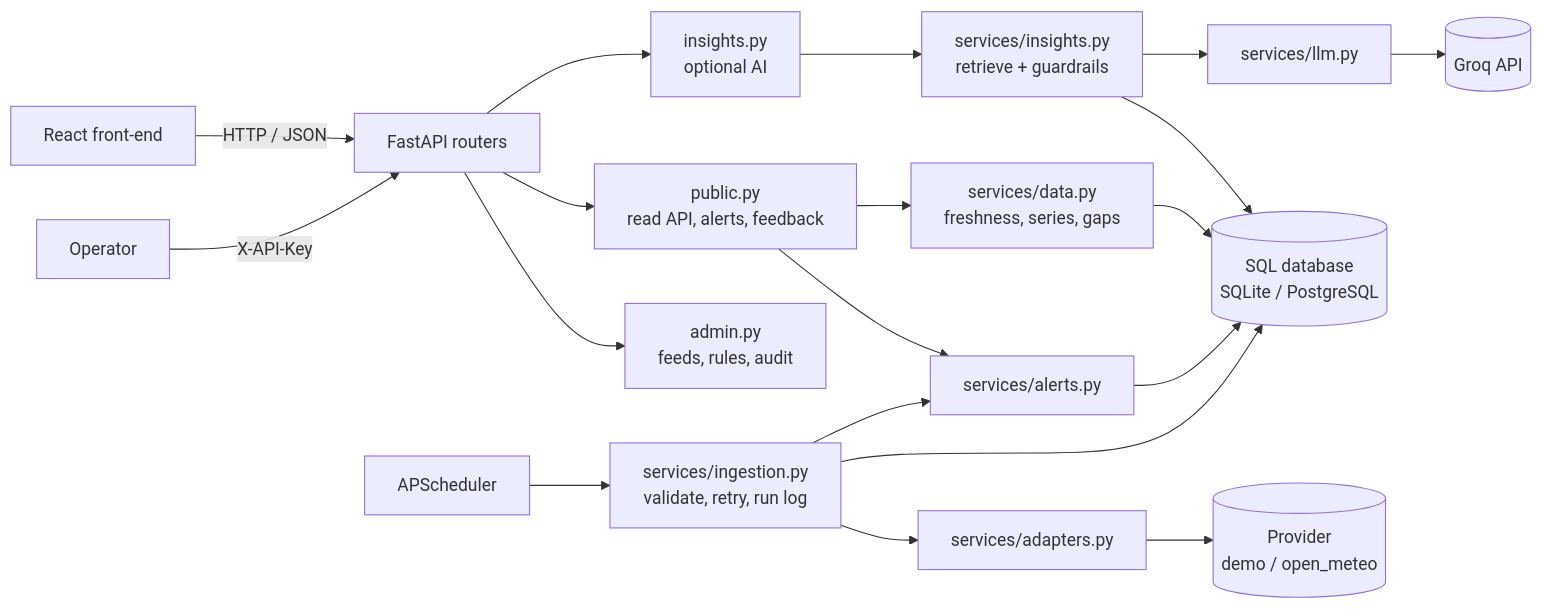
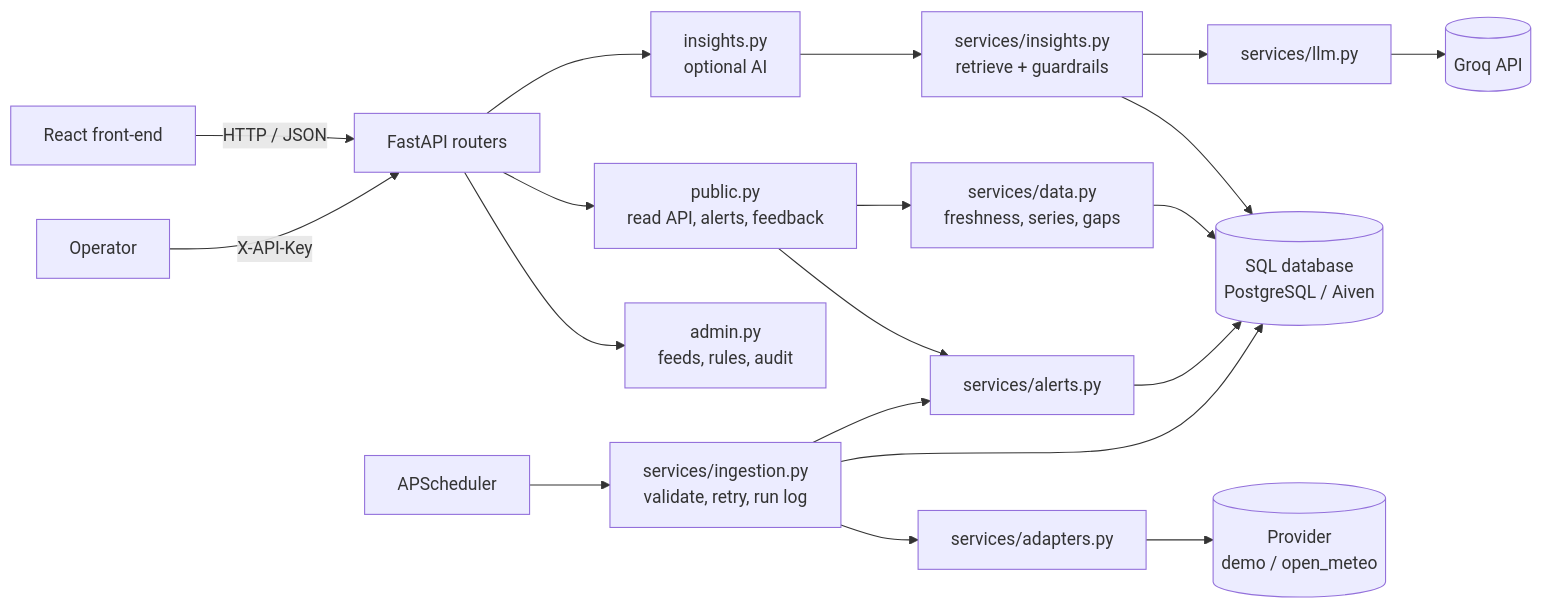
One commit to ecoinboxhubTech/Nimasa-api changed the diagram in README.md. Above: the diagram before and after it, drawn with Mermaid. The commit also changed other lines of this file and 20 other files, not shown here.

````diff
--- a/README.md
+++ b/README.md
@@ -85,18 +140,18 @@
 ```mermaid
 flowchart LR
     UI[React front-end] -->|HTTP / JSON| API[FastAPI routers]
     OPS[Operator] -->|X-API-Key| API
     API --> PUB[public.py<br/>read API, alerts, feedback]
     API --> AI[insights.py<br/>optional AI]
     API --> ADM[admin.py<br/>feeds, rules, audit]
     PUB --> DATA[services/data.py<br/>freshness, series, gaps]
     PUB --> ALERTS[services/alerts.py]
     AI --> INS[services/insights.py<br/>retrieve + guardrails] --> LLM[services/llm.py] --> GROQ[(Groq API)]
     INS --> DB
-    DATA --> DB[(SQL database<br/>SQLite / PostgreSQL)]
+    DATA --> DB[(SQL database<br/>PostgreSQL / Aiven)]
     ALERTS --> DB
     SCHED[APScheduler] --> ING[services/ingestion.py<br/>validate, retry, run log]
     ING --> ADP[services/adapters.py] --> PROV[(Provider<br/>demo / open_meteo)]
     ING --> DB
     ING --> ALERTS
 ```
````
